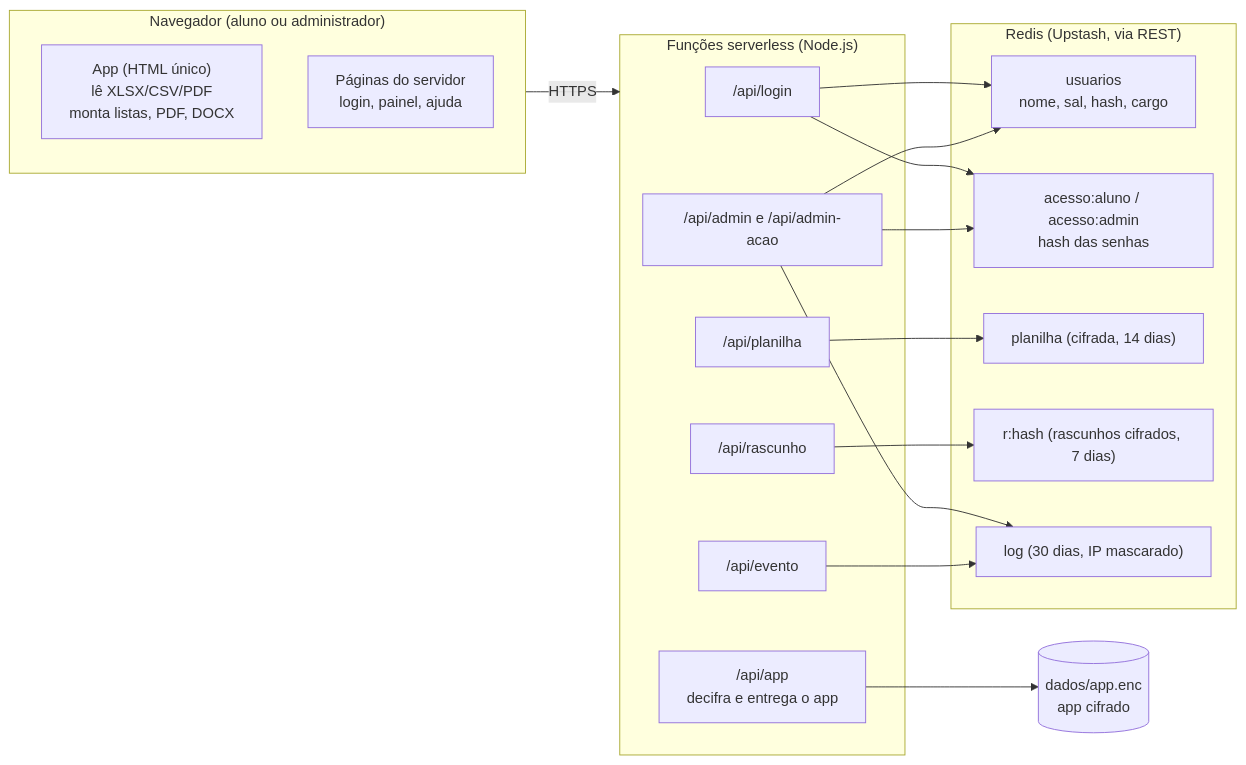
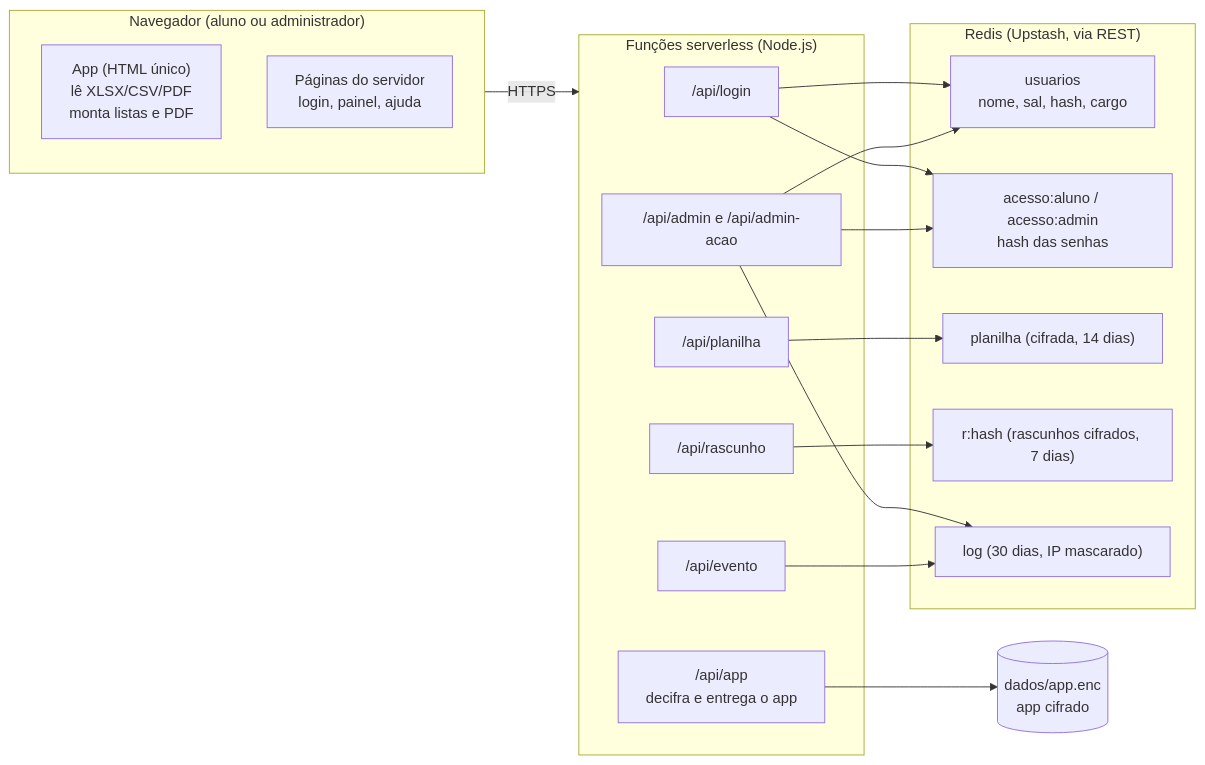
One commit to GiuColucci/Municiamento_CIAGA changed the diagram in README.md. Above: the diagram before and after it, drawn with Mermaid. The commit also changed other lines of this file and 10 other files, not shown here.

First line of the commit message:
Tira o DOCX do app, aproxima o botão de tema do canto e remove o filtro de turmas da conferência geral

````diff
--- a/README.md
+++ b/README.md
@@ -65,33 +65,33 @@
 ```mermaid
 flowchart LR
   subgraph NAV["Navegador (aluno ou administrador)"]
-    APP["App (HTML único)<br/>lê XLSX/CSV/PDF<br/>monta listas, PDF, DOCX"]
+    APP["App (HTML único)<br/>lê XLSX/CSV/PDF<br/>monta listas e PDF"]
     PAG["Páginas do servidor<br/>login, painel, ajuda"]
   end
   subgraph VER["Funções serverless (Node.js)"]
     LOGIN["/api/login"]
     APPF["/api/app<br/>decifra e entrega o app"]
     PLAN["/api/planilha"]
     RASC["/api/rascunho"]
     ADM["/api/admin e /api/admin-acao"]
     EVT["/api/evento"]
   end
   ENC[("dados/app.enc<br/>app cifrado")]
   subgraph RED["Redis (Upstash, via REST)"]
     U["usuarios<br/>nome, sal, hash, cargo"]
     A["acesso:aluno / acesso:admin<br/>hash das senhas"]
     P["planilha (cifrada, 14 dias)"]
     R["r:hash (rascunhos cifrados, 7 dias)"]
     L["log (30 dias, IP mascarado)"]
   end
   NAV -- HTTPS --> VER
   APPF --> ENC
   LOGIN --> U
   LOGIN --> A
   PLAN --> P
   RASC --> R
   ADM --> U
   ADM --> A
   ADM --> L
   EVT --> L
 ```
````
